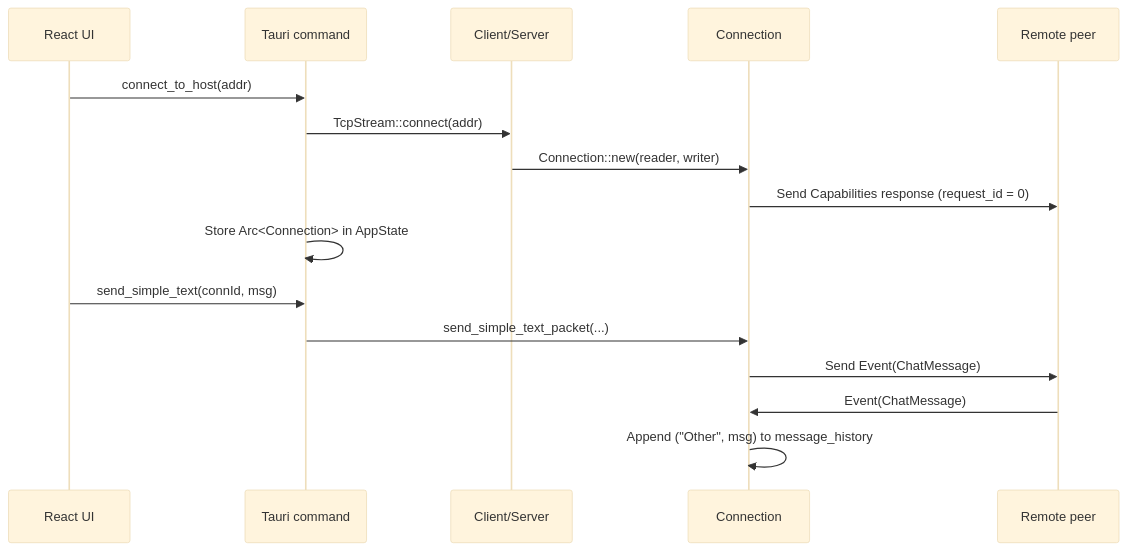
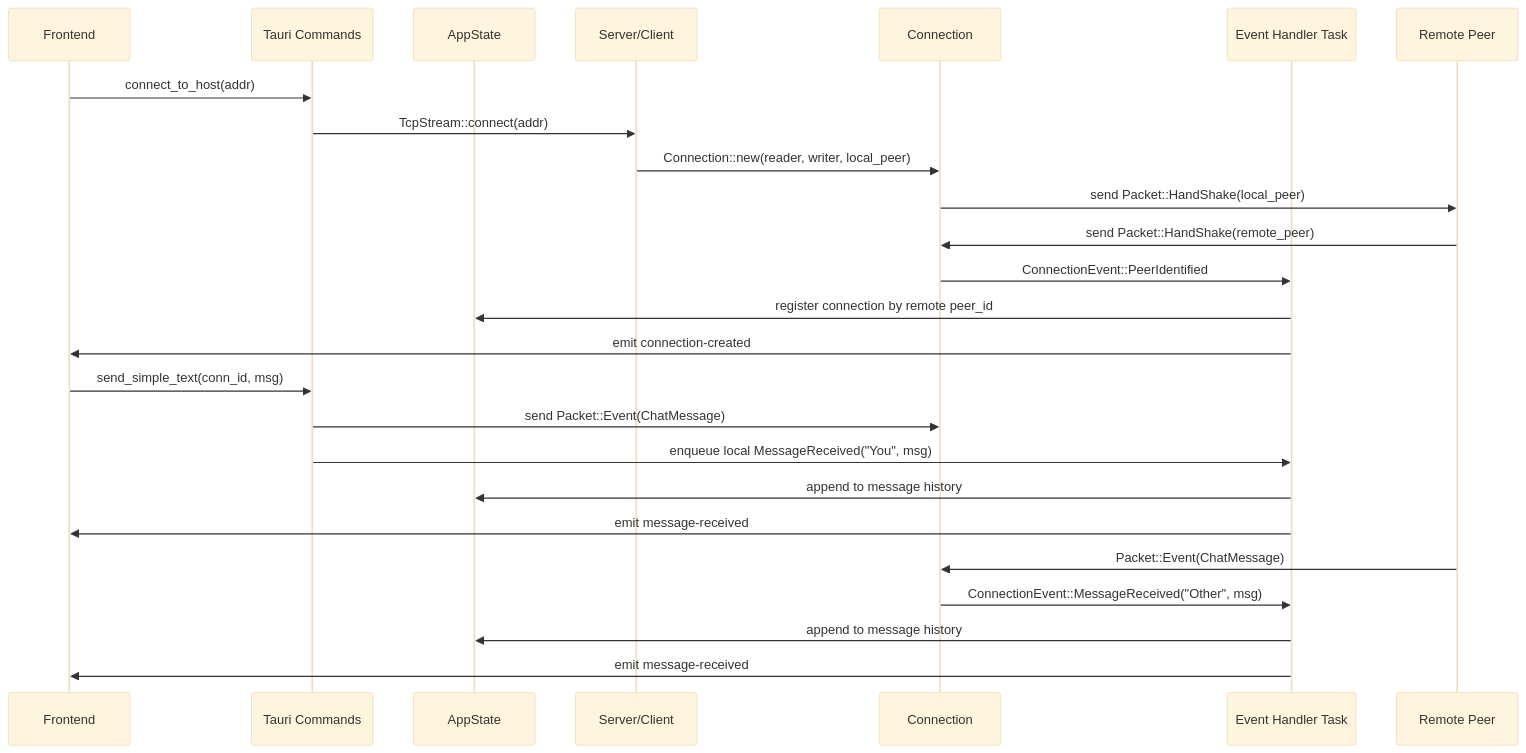
Before and after one commit to Subhranil-Maity/ghostline: the second of 6 diagrams in PROJECT_OVERVIEW.md, drawn with Mermaid (base theme). The commit also changed other lines of this file and 26 other files, not shown here.

````diff
--- a/PROJECT_OVERVIEW.md
+++ b/PROJECT_OVERVIEW.md
@@ -192,19 +108,30 @@
 ```mermaid
 sequenceDiagram
-    participant UI as React UI
-    participant T as Tauri command
-    participant C as Client/Server
-    participant X as Connection
-    participant P as Remote peer
+    participant FE as Frontend
+    participant TA as Tauri Commands
+    participant ST as AppState
+    participant SRV as Server/Client
+    participant CN as Connection
+    participant EH as Event Handler Task
+    participant RP as Remote Peer
 
-    UI->>T: connect_to_host(addr)
-    T->>C: TcpStream::connect(addr)
-    C->>X: Connection::new(reader, writer)
-    X->>P: Send Capabilities response (request_id = 0)
-    T->>T: Store Arc<Connection> in AppState
-    UI->>T: send_simple_text(connId, msg)
-    T->>X: send_simple_text_packet(...)
-    X->>P: Send Event(ChatMessage)
-    P->>X: Event(ChatMessage)
-    X->>X: Append ("Other", msg) to message_history
+    FE->>TA: connect_to_host(addr)
+    TA->>SRV: TcpStream::connect(addr)
+    SRV->>CN: Connection::new(reader, writer, local_peer)
+    CN->>RP: send Packet::HandShake(local_peer)
+    RP->>CN: send Packet::HandShake(remote_peer)
+    CN->>EH: ConnectionEvent::PeerIdentified
+    EH->>ST: register connection by remote peer_id
+    EH->>FE: emit connection-created
+
+    FE->>TA: send_simple_text(conn_id, msg)
+    TA->>CN: send Packet::Event(ChatMessage)
+    TA->>EH: enqueue local MessageReceived("You", msg)
+    EH->>ST: append to message history
+    EH->>FE: emit message-received
+
+    RP->>CN: Packet::Event(ChatMessage)
+    CN->>EH: ConnectionEvent::MessageReceived("Other", msg)
+    EH->>ST: append to message history
+    EH->>FE: emit message-received
 ```
````
